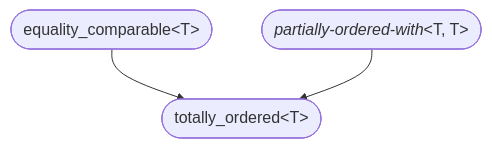
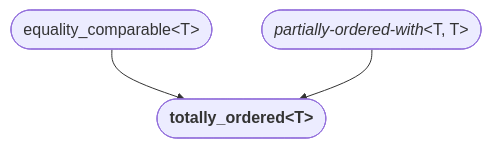
Before and after one commit to yohhoy/cpp-concepts: diagram 16 of 18 in README.md, drawn with Mermaid. The commit also changed other lines of this file, not shown here.

````diff
--- a/README.md
+++ b/README.md
@@ -176,6 +176,6 @@
 ```mermaid
 graph TD
     %% std::totally_ordered<T>
-    equality_comparable(["equality_comparable&lt;T&gt;"]) --> totally_ordered(["totally_ordered&lt;T&gt;"]);
+    equality_comparable(["equality_comparable&lt;T&gt;"]) --> totally_ordered(["<b>totally_ordered&lt;T&gt;</b>"]);
     pow(["<i>partially-ordered-with</i>&lt;T, T&gt;"]) --> totally_ordered;
 ```
````
